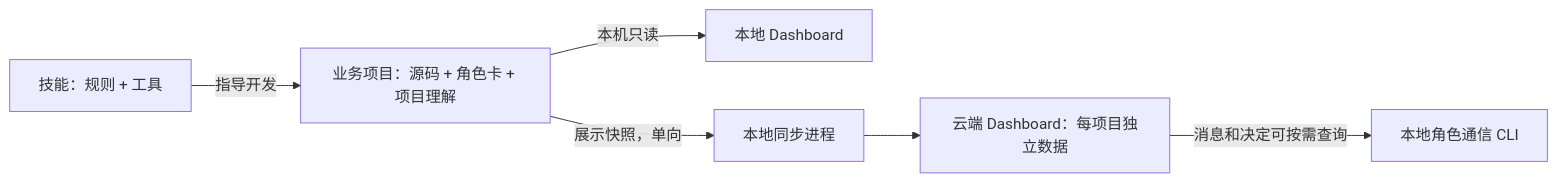
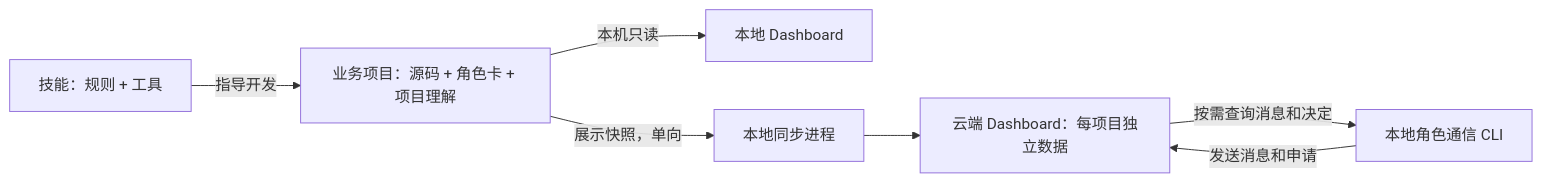
The diagram in doc/guide/2026-09-25_guide_ans-skill-overview.md (wangzhongren/ans-skill), drawn with Mermaid before and after one commit. The commit also changed other lines of this file and 3 other files, not shown here.

````diff
--- a/doc/guide/2026-09-25_guide_ans-skill-overview.md
+++ b/doc/guide/2026-09-25_guide_ans-skill-overview.md
@@ -19,8 +19,9 @@
 ```mermaid
 flowchart LR
     Skill["技能：规则 + 工具"] -->|指导开发| Project["业务项目：源码 + 角色卡 + 项目理解"]
     Project -->|本机只读| Local["本地 Dashboard"]
     Project -->|展示快照，单向| Sync["本地同步进程"]
     Sync --> Cloud["云端 Dashboard：每项目独立数据"]
-    Cloud -->|消息和决定可按需查询| Client["本地角色通信 CLI"]
+    Client["本地角色通信 CLI"] -->|发送消息和申请| Cloud
+    Cloud -->|按需查询消息和决定| Client
 ```
````
